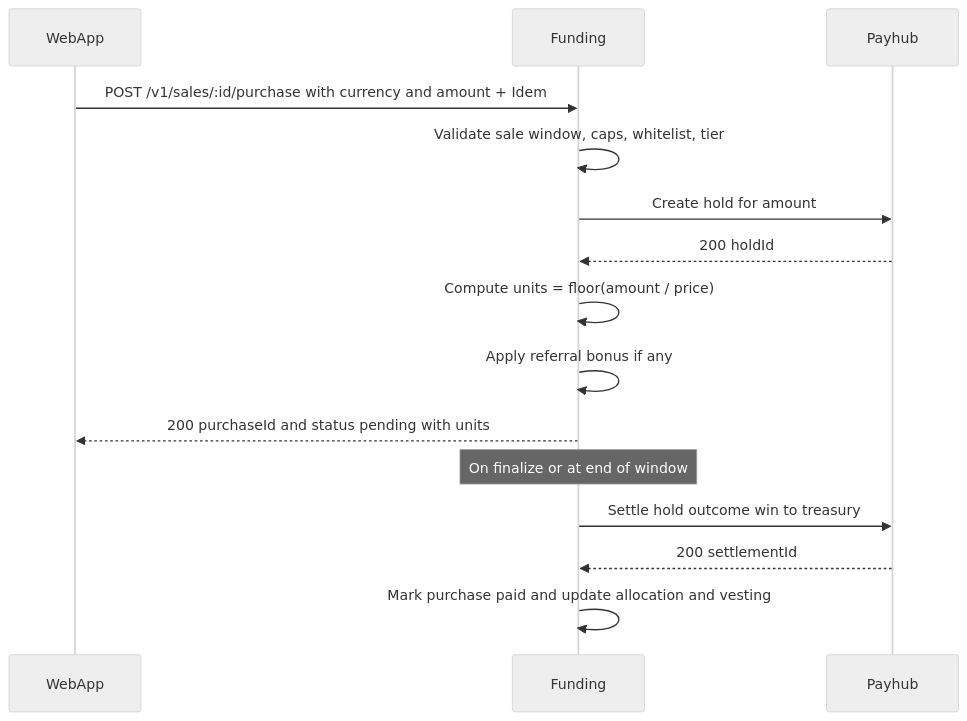
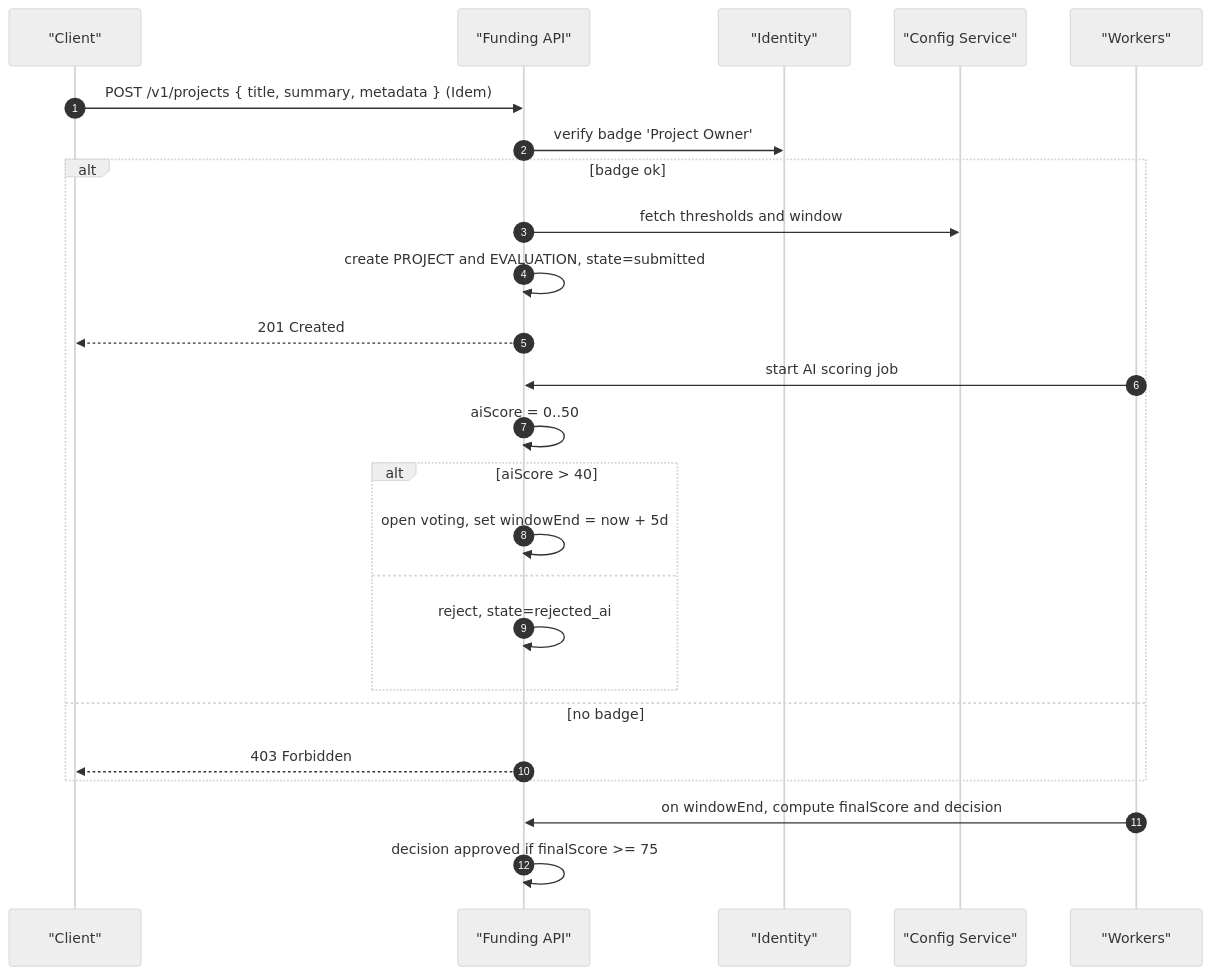
One commit to fuzeac/fuze-telegram-mini-app changed the second of 5 diagrams in miniapp-funding-service.md. Above: the diagram before and after it, drawn with Mermaid (neutral theme). The commit also changed other lines of this file, not shown here.

````diff
--- a/miniapp-funding-service.md
+++ b/miniapp-funding-service.md
@@ -92,17 +106,27 @@
 ```mermaid
 sequenceDiagram
-participant UI as WebApp
-participant FUN as Funding
-participant PAY as Payhub
-UI->>FUN: POST /v1/sales/:id/purchase with currency and amount + Idem
-FUN->>FUN: Validate sale window, caps, whitelist, tier
-FUN->>PAY: Create hold for amount
-PAY-->>FUN: 200 holdId
-FUN->>FUN: Compute units = floor(amount / price)
-FUN->>FUN: Apply referral bonus if any
-FUN-->>UI: 200 purchaseId and status pending with units
-Note over FUN: On finalize or at end of window
-FUN->>PAY: Settle hold outcome win to treasury
-PAY-->>FUN: 200 settlementId
-FUN->>FUN: Mark purchase paid and update allocation and vesting
+  autonumber
+  participant UI as "Client"
+  participant FN as "Funding API"
+  participant ID as "Identity"
+  participant CF as "Config Service"
+  participant WR as "Workers"
+  UI->>FN: POST /v1/projects { title, summary, metadata } (Idem)
+  FN->>ID: verify badge 'Project Owner'
+  alt badge ok
+    FN->>CF: fetch thresholds and window
+    FN->>FN: create PROJECT and EVALUATION, state=submitted
+    FN-->>UI: 201 Created
+    WR->>FN: start AI scoring job
+    FN->>FN: aiScore = 0..50
+    alt aiScore > 40
+      FN->>FN: open voting, set windowEnd = now + 5d
+    else
+      FN->>FN: reject, state=rejected_ai
+    end
+  else no badge
+    FN-->>UI: 403 Forbidden
+  end
+  WR->>FN: on windowEnd, compute finalScore and decision
+  FN->>FN: decision approved if finalScore >= 75
 ```
````
